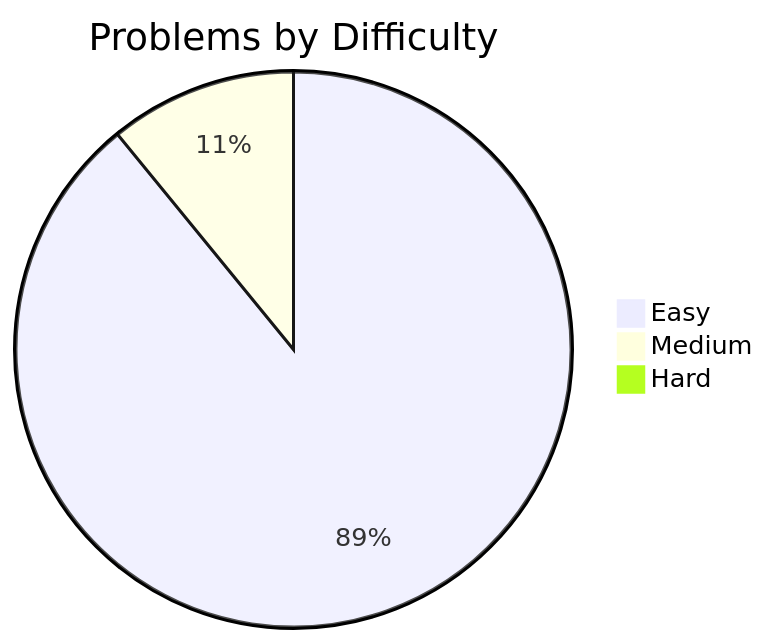
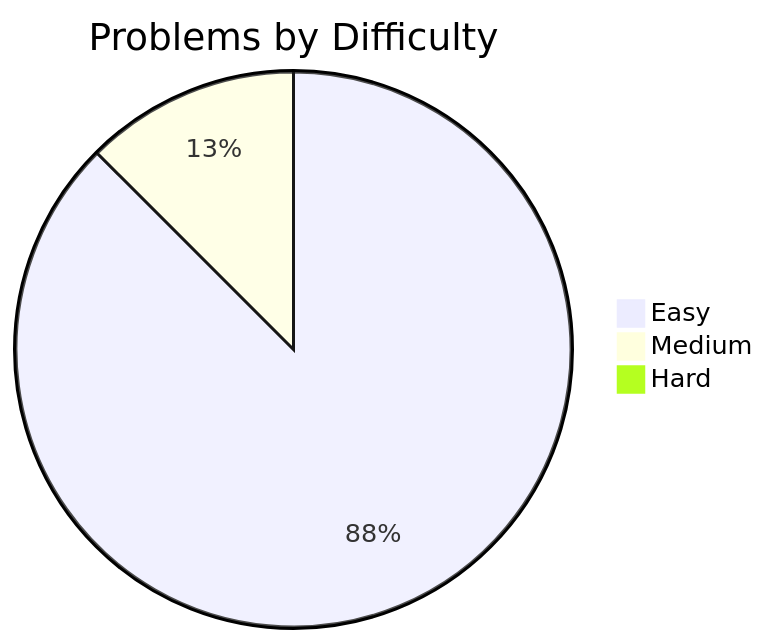
Before and after one commit to davelin18yufan/leetcode-journal: the diagram in README.md, drawn with Mermaid. The commit also changed other lines of this file and 4 other files, not shown here.

````diff
--- a/README.md
+++ b/README.md
@@ -7,7 +7,7 @@
 ```mermaid
 pie
     title Problems by Difficulty
     "Easy" : 49
-    "Medium" : 6
+    "Medium" : 7
     "Hard" : 0
 ```
````
